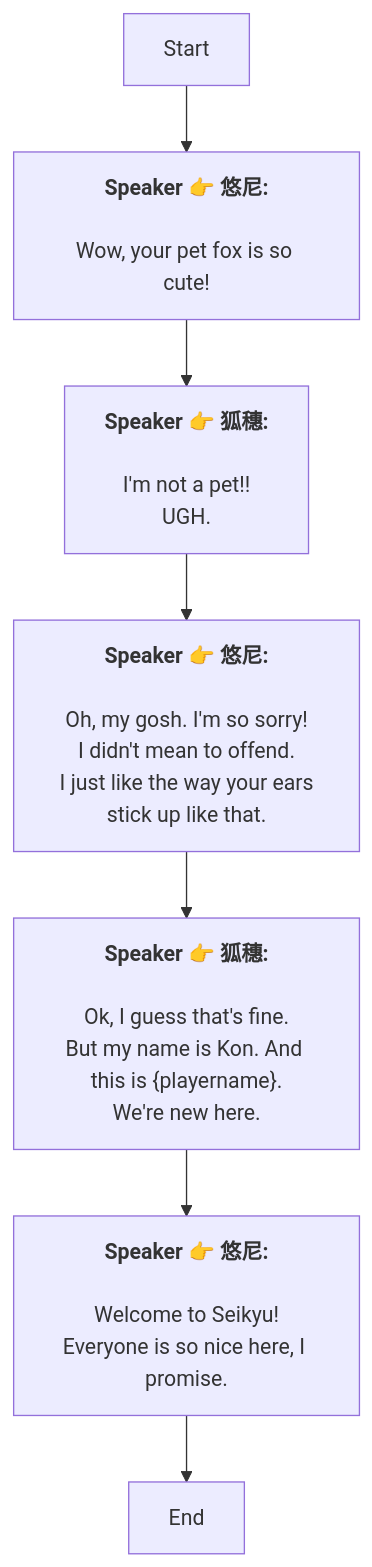
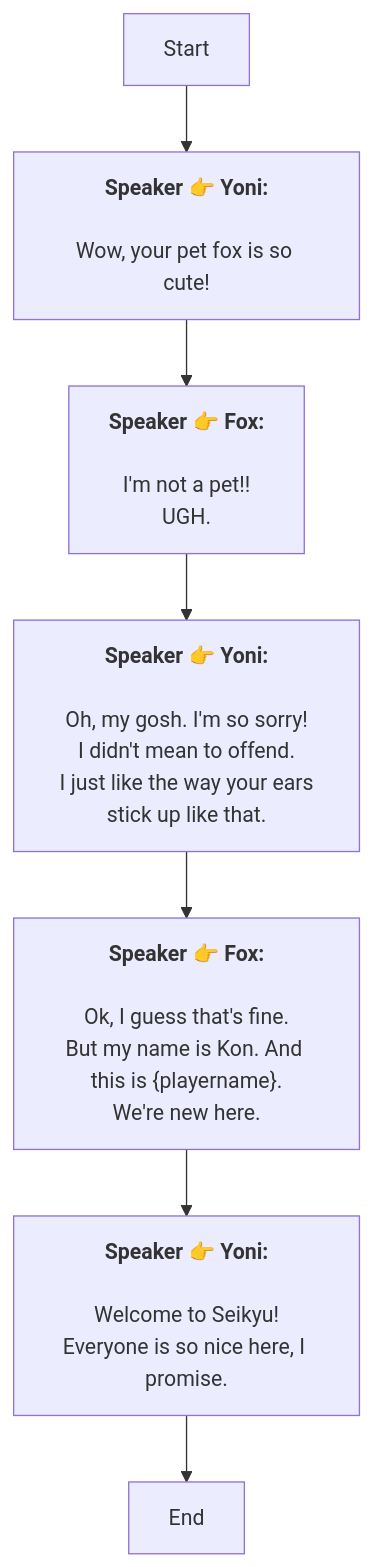
Before and after one commit to SoftHu/tos_avg: the diagram in Zh/AddDialogNode_1769060745263141.md, drawn with Mermaid. The commit also changed 737 other files, not shown here.

````diff
--- a/Zh/AddDialogNode_1769060745263141.md
+++ b/Zh/AddDialogNode_1769060745263141.md
@@ -1,26 +1,19 @@
 ```mermaid
 graph
-Start -->1769060807082024[<b>Speaker 👉 悠尼:</b>
-
-Wow, your pet fox is so cute!]
-1769060807082024 -->1769060869299242[<b>Speaker 👉 狐穗:</b>
-
-I'm not a pet!!
+Start -->1769060807082024[<b>Speaker 👉 Yoni:</b>
+\nWow, your pet fox is so cute!]
+1769060807082024 -->1769060869299242[<b>Speaker 👉 Fox:</b>
+\nI'm not a pet!!
 UGH. ]
-1769060869299242 -->1769060887749675[<b>Speaker 👉 悠尼:</b>
-
-Oh, my gosh. I'm so sorry!
-I didn't mean to offend.
- I just like the way your ears stick up like that. ]
-1769060887749675 -->1769060918300716[<b>Speaker 👉 狐穗:</b>
-
-Ok, I guess that's fine.
-But my name is Kon. And this is &lbrace;playername&rbrace;.
+1769060869299242 -->1769060887749675[<b>Speaker 👉 Yoni:</b>
+\nOh, my gosh. I'm so sorry!
+I didn't mean to offend.\n I just like the way your ears stick up like that. ]
+1769060887749675 -->1769060918300716[<b>Speaker 👉 Fox:</b>
+\nOk, I guess that's fine.\nBut my name is Kon. And this is &lbrace;playername&rbrace;.
 We're new here. ]
-1769060918300716 -->1769061040286765[<b>Speaker 👉 悠尼:</b>
-
-Welcome to Seikyu!
+1769060918300716 -->1769061040286765[<b>Speaker 👉 Yoni:</b>
+\nWelcome to Seikyu!
 Everyone is so nice here, I promise. ]
 1769061040286765 -->1769061052779566[End]
 
- ```
+```
````
